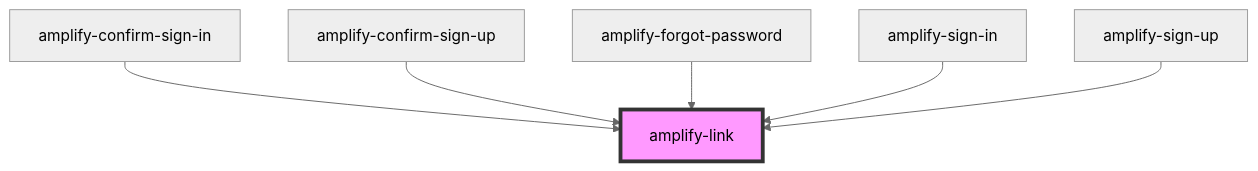
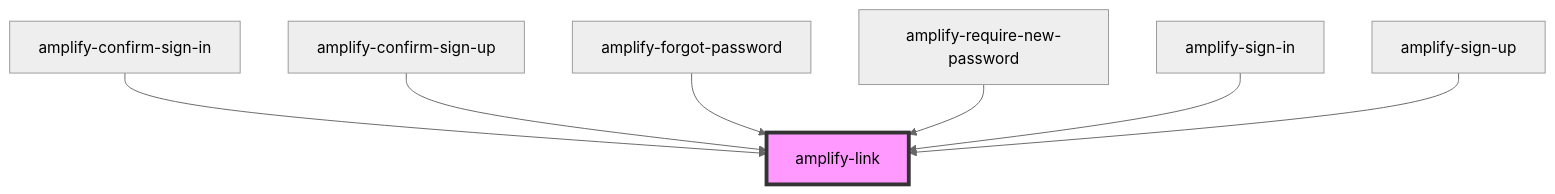
One commit to OneDev0411/amplify-js changed the diagram in packages/amplify-ui-components/src/components/amplify-link/readme.md. Above: the diagram before and after it, drawn with Mermaid (neutral theme). The commit also changed other lines of this file and 17 other files, not shown here.

First line of the commit message:
feat(@aws-amplify/ui-components): amplify-require-new-password component (#4421)

````diff
--- a/packages/amplify-ui-components/src/components/amplify-link/readme.md
+++ b/packages/amplify-ui-components/src/components/amplify-link/readme.md
@@ -25,9 +26,10 @@
 ```mermaid
 graph TD;
   amplify-confirm-sign-in --> amplify-link
   amplify-confirm-sign-up --> amplify-link
   amplify-forgot-password --> amplify-link
+  amplify-require-new-password --> amplify-link
   amplify-sign-in --> amplify-link
   amplify-sign-up --> amplify-link
   style amplify-link fill:#f9f,stroke:#333,stroke-width:4px
 ```
````
